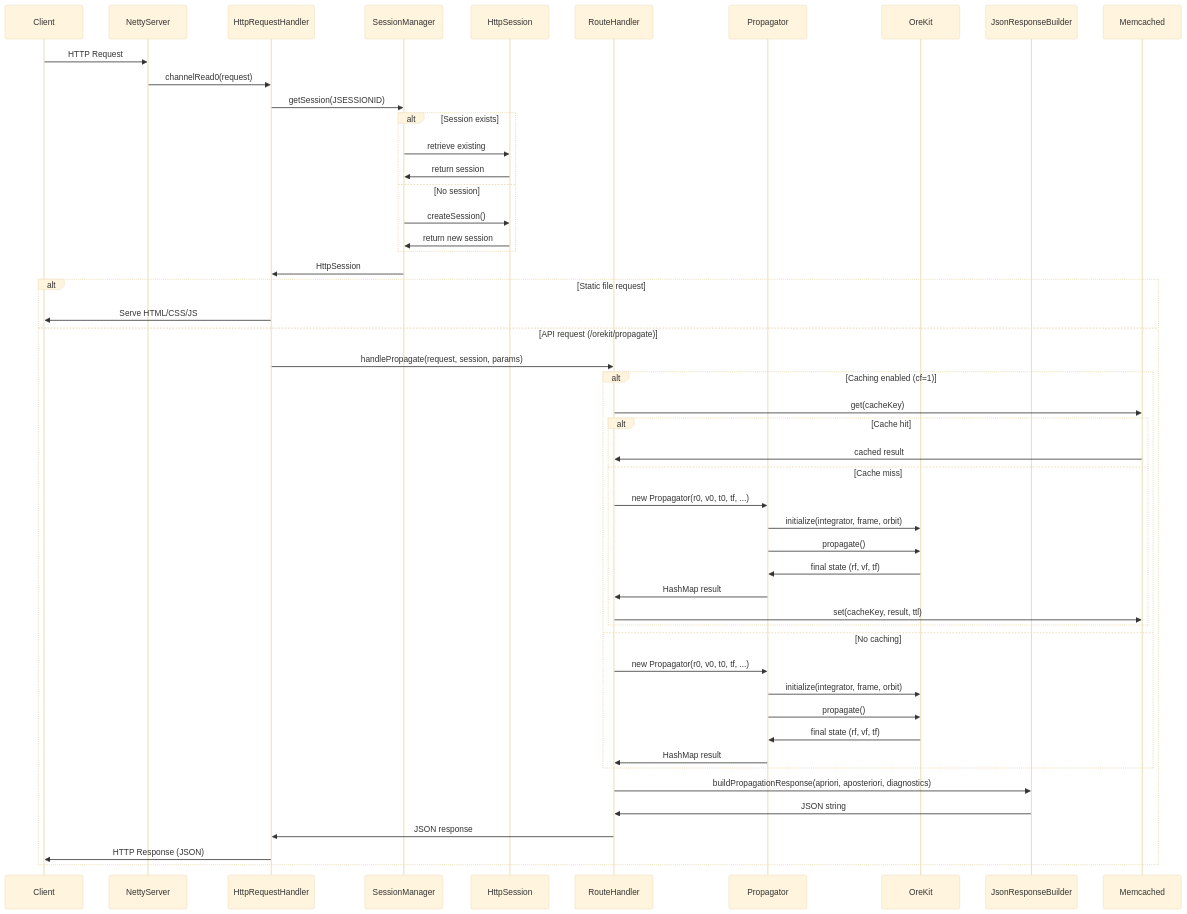
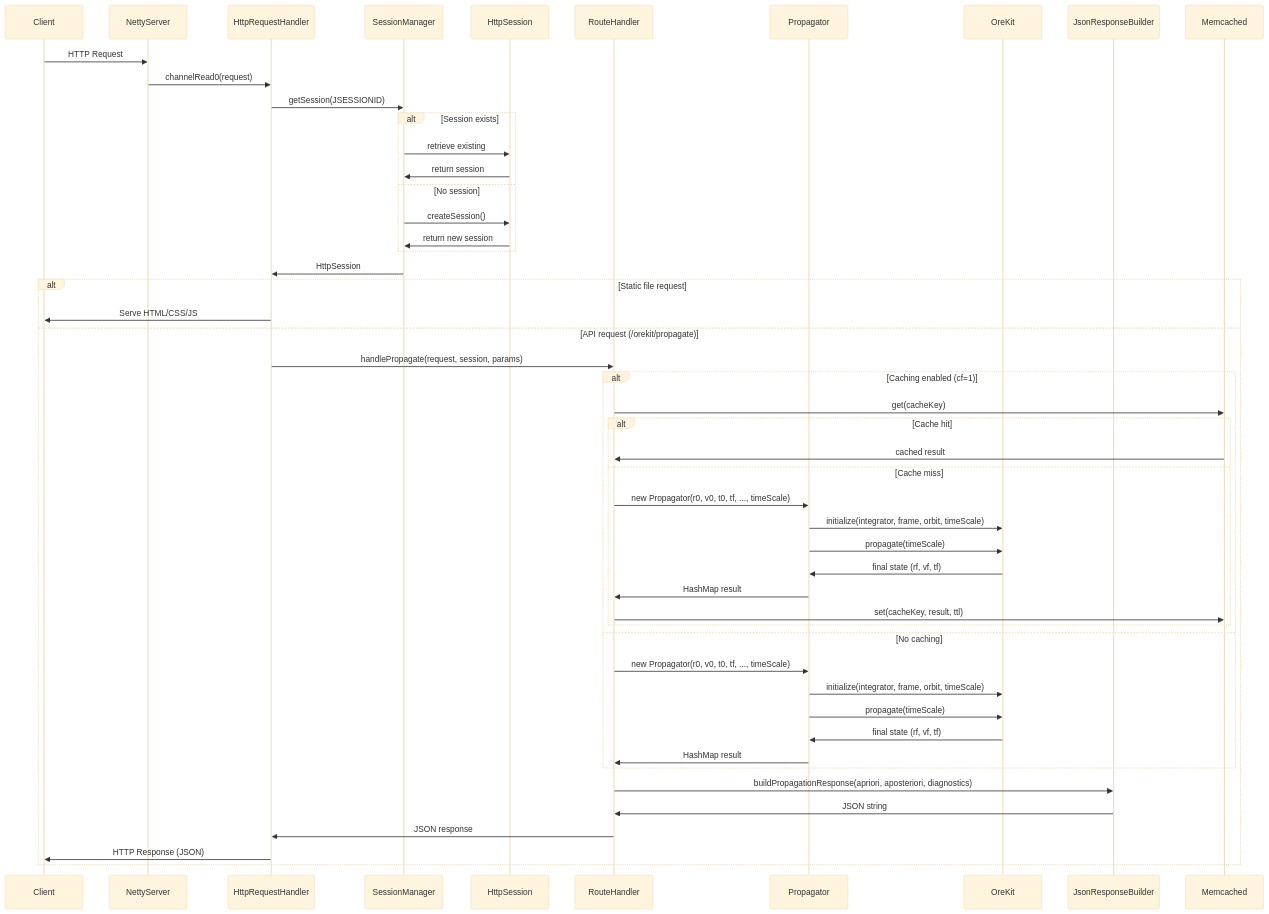
One commit to haisamido/SFDaaS changed the second of 4 diagrams in docs/entity-relationship-diagram.md. Above: the diagram before and after it, drawn with Mermaid (base theme). The commit also changed other lines of this file, not shown here.

First line of the commit message:
Updated ERD to document TimeScale implementation

````diff
--- a/docs/entity-relationship-diagram.md
+++ b/docs/entity-relationship-diagram.md
@@ -182,57 +193,57 @@
 ```mermaid
 sequenceDiagram
     participant Client
     participant NettyServer
     participant HttpRequestHandler
     participant SessionManager
     participant HttpSession
     participant RouteHandler
     participant Propagator
     participant OreKit
     participant JsonResponseBuilder
     participant Memcached
 
     Client->>NettyServer: HTTP Request
     NettyServer->>HttpRequestHandler: channelRead0(request)
 
     HttpRequestHandler->>SessionManager: getSession(JSESSIONID)
     alt Session exists
         SessionManager->>HttpSession: retrieve existing
         HttpSession->>SessionManager: return session
     else No session
         SessionManager->>HttpSession: createSession()
         HttpSession->>SessionManager: return new session
     end
     SessionManager->>HttpRequestHandler: HttpSession
 
     alt Static file request
         HttpRequestHandler->>Client: Serve HTML/CSS/JS
     else API request (/orekit/propagate)
         HttpRequestHandler->>RouteHandler: handlePropagate(request, session, params)
 
         alt Caching enabled (cf=1)
             RouteHandler->>Memcached: get(cacheKey)
             alt Cache hit
                 Memcached->>RouteHandler: cached result
             else Cache miss
-                RouteHandler->>Propagator: new Propagator(r0, v0, t0, tf, ...)
-                Propagator->>OreKit: initialize(integrator, frame, orbit)
-                Propagator->>OreKit: propagate()
+                RouteHandler->>Propagator: new Propagator(r0, v0, t0, tf, ..., timeScale)
+                Propagator->>OreKit: initialize(integrator, frame, orbit, timeScale)
+                Propagator->>OreKit: propagate(timeScale)
                 OreKit->>Propagator: final state (rf, vf, tf)
                 Propagator->>RouteHandler: HashMap result
                 RouteHandler->>Memcached: set(cacheKey, result, ttl)
             end
         else No caching
-            RouteHandler->>Propagator: new Propagator(r0, v0, t0, tf, ...)
-            Propagator->>OreKit: initialize(integrator, frame, orbit)
-            Propagator->>OreKit: propagate()
+            RouteHandler->>Propagator: new Propagator(r0, v0, t0, tf, ..., timeScale)
+            Propagator->>OreKit: initialize(integrator, frame, orbit, timeScale)
+            Propagator->>OreKit: propagate(timeScale)
             OreKit->>Propagator: final state (rf, vf, tf)
             Propagator->>RouteHandler: HashMap result
         end
 
         RouteHandler->>JsonResponseBuilder: buildPropagationResponse(apriori, aposteriori, diagnostics)
         JsonResponseBuilder->>RouteHandler: JSON string
         RouteHandler->>HttpRequestHandler: JSON response
         HttpRequestHandler->>Client: HTTP Response (JSON)
     end
 ```
````
